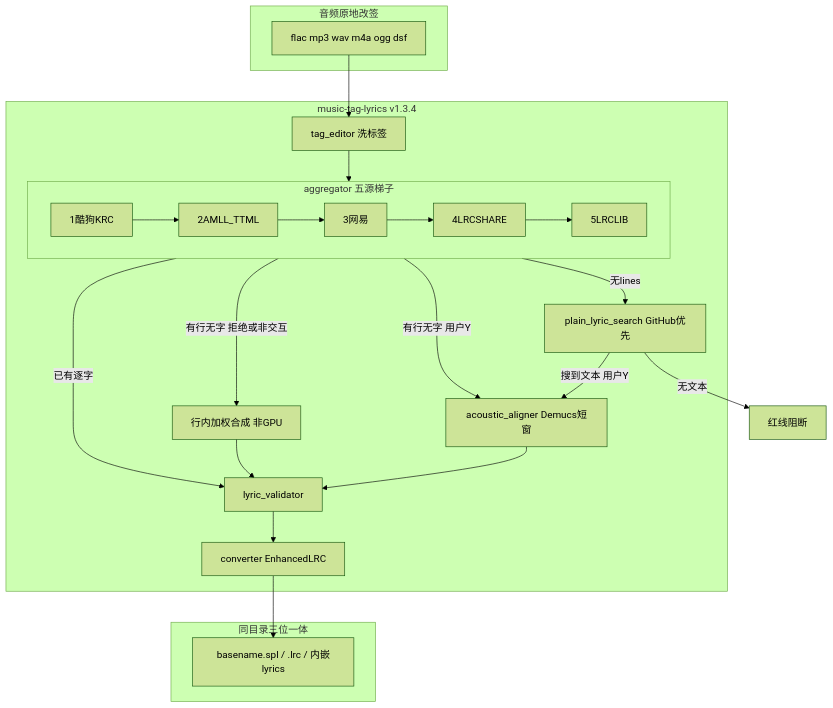
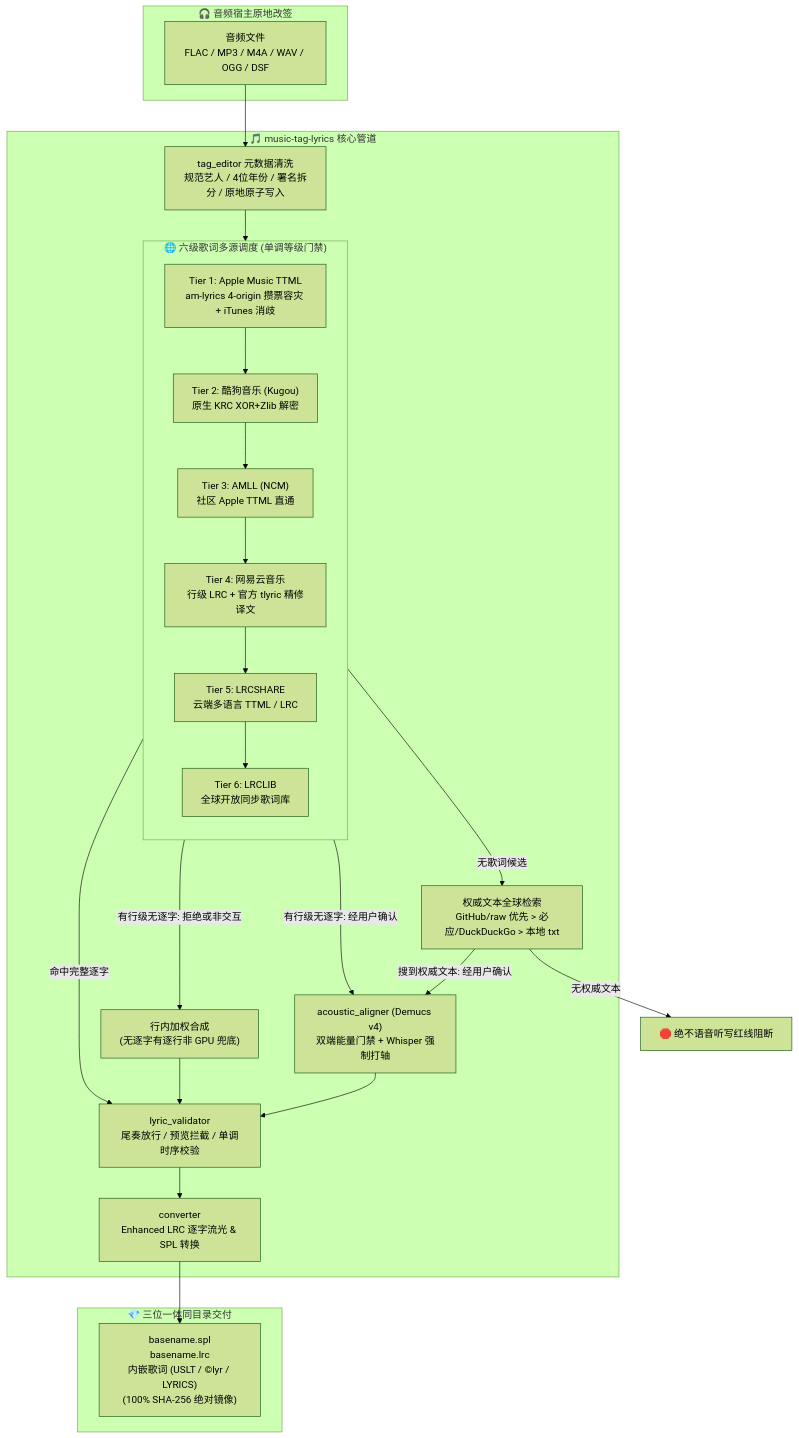
Before and after one commit to sxsxhhi/music-tag-lyrics: the first of 3 diagrams in README.md, drawn with Mermaid (forest theme). The commit also changed other lines of this file, not shown here.

Commit message:
docs: 全面美化 README 视觉呈现、升级多源调度与封面梯级拓扑图

````diff
--- a/README.md
+++ b/README.md
@@ -65,35 +95,42 @@
 ```mermaid
 flowchart TD
-  subgraph host [音频原地改签]
-    Audio[flac mp3 wav m4a ogg dsf]
+  subgraph host ["🎧 音频宿主原地改签"]
+    Audio["音频文件<br/>FLAC / MP3 / M4A / WAV / OGG / DSF"]
   end
-  subgraph skill [music-tag-lyrics v1.3.4]
-    Tags[tag_editor 洗标签]
-    subgraph agg [aggregator 五源梯子]
-      Kugou[1酷狗KRC]
-      Amll[2AMLL_TTML]
-      Netease[3网易]
-      Lrcs[4LRCSHARE]
-      Lrclib[5LRCLIB]
-      Kugou --> Amll --> Netease --> Lrcs --> Lrclib
+
+  subgraph engine ["🎵 music-tag-lyrics 核心管道"]
+    Tags["tag_editor 元数据清洗<br/>规范艺人 / 4位年份 / 署名拆分 / 原地原子写入"]
+    
+    subgraph cascade ["🌐 六级歌词多源调度 (单调等级门禁)"]
+      direction TB
+      T1["Tier 1: Apple Music TTML<br/>am-lyrics 4-origin 攒票容灾 + iTunes 消歧"]
+      T2["Tier 2: 酷狗音乐 (Kugou)<br/>原生 KRC XOR+Zlib 解密"]
+      T3["Tier 3: AMLL (NCM)<br/>社区 Apple TTML 直通"]
+      T4["Tier 4: 网易云音乐<br/>行级 LRC + 官方 tlyric 精修译文"]
+      T5["Tier 5: LRCSHARE<br/>云端多语言 TTML / LRC"]
+      T6["Tier 6: LRCLIB<br/>全球开放同步歌词库"]
+      T1 --> T2 --> T3 --> T4 --> T5 --> T6
     end
-    Valid[lyric_validator]
-    Conv[converter EnhancedLRC]
-    GPU[acoustic_aligner Demucs短窗]
-    Synth[行内加权合成 非GPU]
-    Search[plain_lyric_search GitHub优先]
+
+    Valid["lyric_validator<br/>尾奏放行 / 预览拦截 / 单调时序校验"]
+    Conv["converter<br/>Enhanced LRC 逐字流光 & SPL 转换"]
+    GPU["acoustic_aligner (Demucs v4)<br/>双端能量门禁 + Whisper 强制打轴"]
+    Synth["行内加权合成<br/>(无逐字有逐行非 GPU 兜底)"]
+    Search["权威文本全球检索<br/>GitHub/raw 优先 > 必应/DuckDuckGo > 本地 txt"]
   end
-  subgraph out [同目录三位一体]
-    Files["basename.spl / .lrc / 内嵌lyrics"]
+
+  subgraph delivery ["💎 三位一体同目录交付"]
+    OutFiles["basename.spl<br/>basename.lrc<br/>内嵌歌词 (USLT / ©lyr / LYRICS)<br/>(100% SHA-256 绝对镜像)"]
   end
-  Audio --> Tags --> agg
-  agg -->|已有逐字| Valid
-  agg -->|有行无字 用户Y| GPU
-  agg -->|有行无字 拒绝或非交互| Synth
-  agg -->|无lines| Search
-  Search -->|搜到文本 用户Y| GPU
-  Search -->|无文本| Block[红线阻断]
+
+  Audio --> Tags --> cascade
+  cascade -->|命中完整逐字| Valid
+  cascade -->|有行级无逐字: 经用户确认| GPU
+  cascade -->|有行级无逐字: 拒绝或非交互| Synth
+  cascade -->|无歌词候选| Search
+  Search -->|搜到权威文本: 经用户确认| GPU
+  Search -->|无权威文本| RedLine["🛑 绝不语音听写红线阻断"]
   GPU --> Valid
   Synth --> Valid
-  Valid --> Conv --> Files
+  Valid --> Conv --> OutFiles
 ```
````
